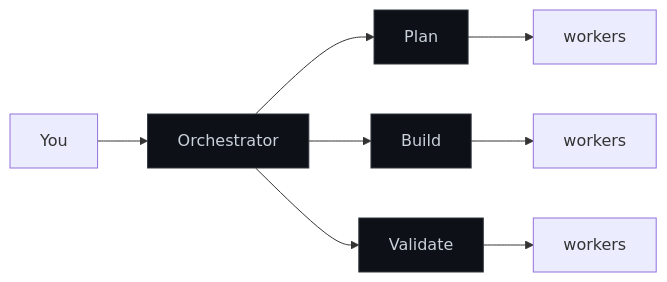
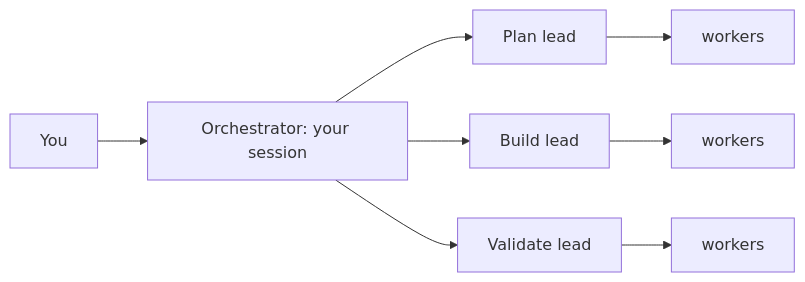
Before and after one commit to alegomes/cepa: the second of 2 diagrams in README.md, drawn with Mermaid. The commit also changed other lines of this file and 7 other files, not shown here.

````diff
--- a/README.md
+++ b/README.md
@@ -13,12 +186,7 @@
 ```mermaid
 flowchart LR
-  You --> O[Orchestrator]
-  O --> P[Plan]
-  O --> B[Build]
-  O --> V[Validate]
-  P --> w1[workers]
-  B --> w2[workers]
-  V --> w3[workers]
-  classDef tier fill:#0d1117,stroke:#30363d,color:#c9d1d9;
-  class O,P,B,V tier;
+  You --> O[Orchestrator: your session]
+  O --> P[Plan lead] --> w1[workers]
+  O --> B[Build lead] --> w2[workers]
+  O --> V[Validate lead] --> w3[workers]
 ```
````
